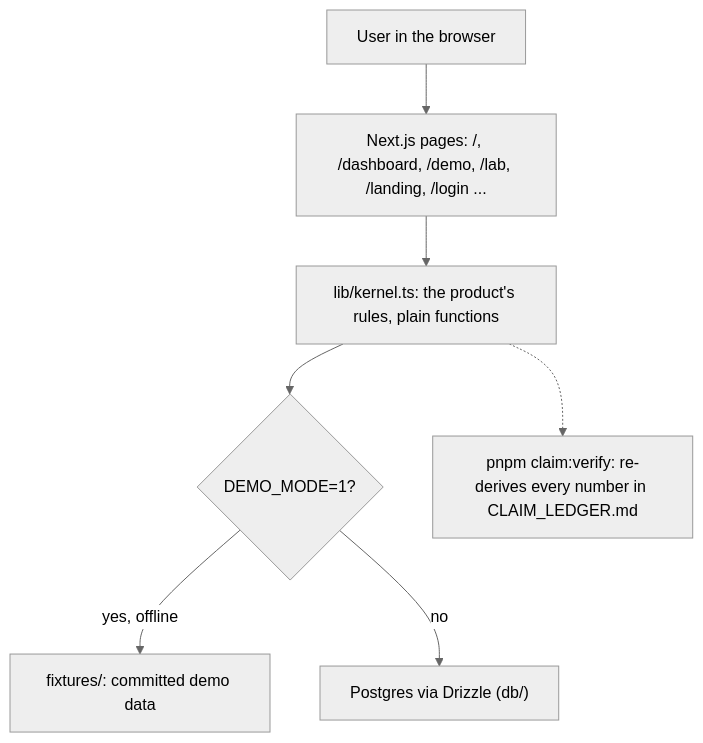
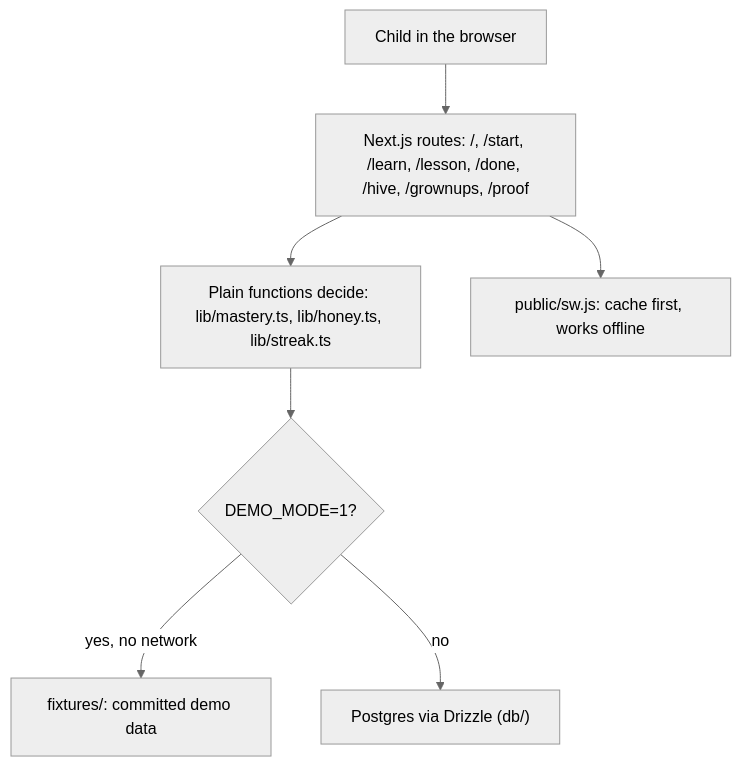
Before and after one commit to ayodejiades/moye: the second of 2 diagrams in README.md, drawn with Mermaid (neutral theme). The commit also changed other lines of this file and 1 other file, not shown here.

Commit message:
Docs: rewrite README and SUBMISSION to describe Moye accurately, drop the Supabase claim, correct WHAT_IS_REAL

````diff
--- a/README.md
+++ b/README.md
@@ -46,10 +68,10 @@
 ```mermaid
 flowchart TD
-    U["User in the browser"]
-    U --> R["Next.js pages: /, /dashboard, /demo, /lab, /landing, /login ..."]
-    R --> L["lib/kernel.ts: the product's rules, plain functions"]
+    U["Child in the browser"]
+    U --> R["Next.js routes: /, /start, /learn, /lesson, /done, /hive, /grownups, /proof"]
+    R --> L["Plain functions decide: lib/mastery.ts, lib/honey.ts, lib/streak.ts"]
     L --> M{"DEMO_MODE=1?"}
-    M -->|yes, offline| F["fixtures/: committed demo data"]
+    M -->|yes, no network| F["fixtures/: committed demo data"]
     M -->|no| DB["Postgres via Drizzle (db/)"]
-    L -.-> V["pnpm claim:verify: re-derives every number in CLAIM_LEDGER.md"]
+    R --> SW["public/sw.js: cache first, works offline"]
 ```
````
